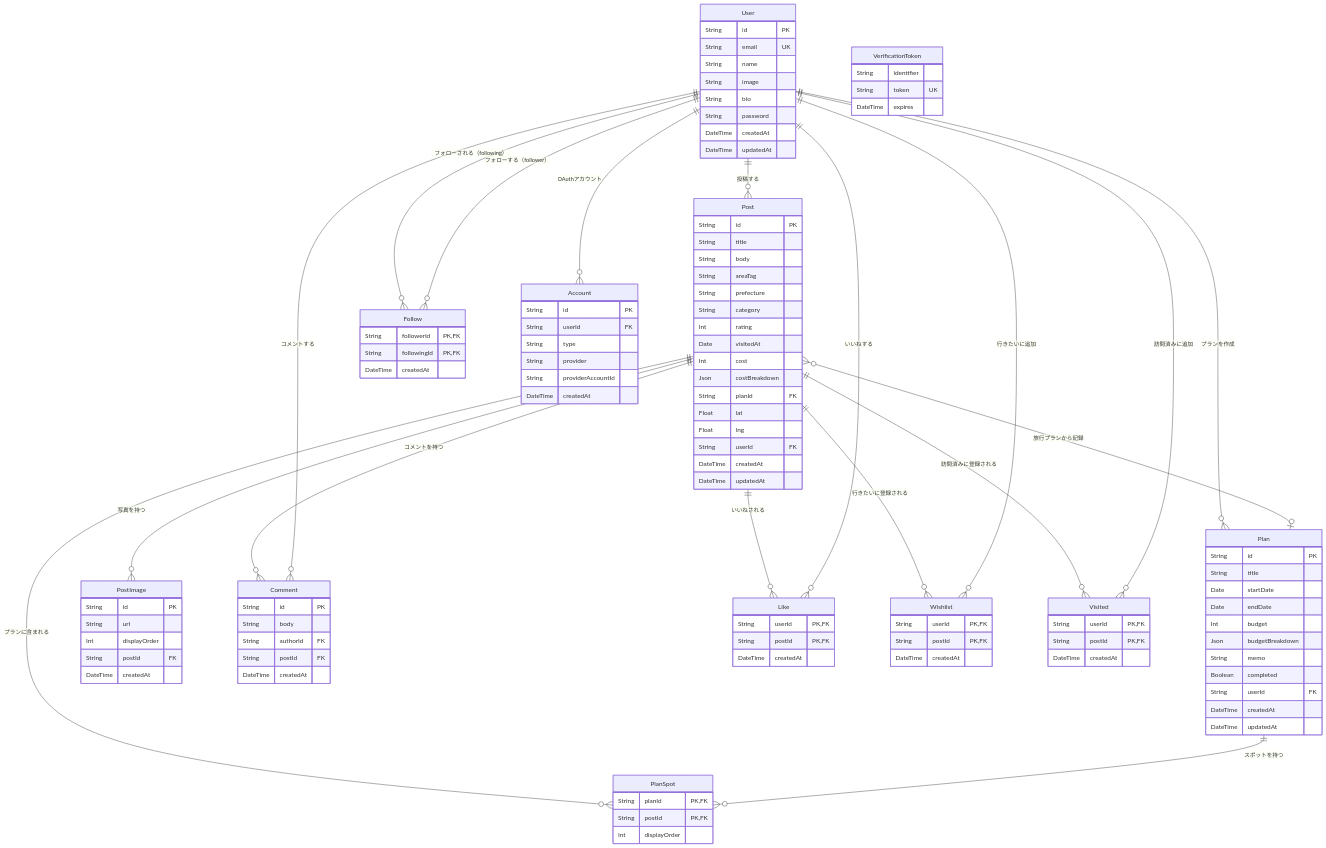
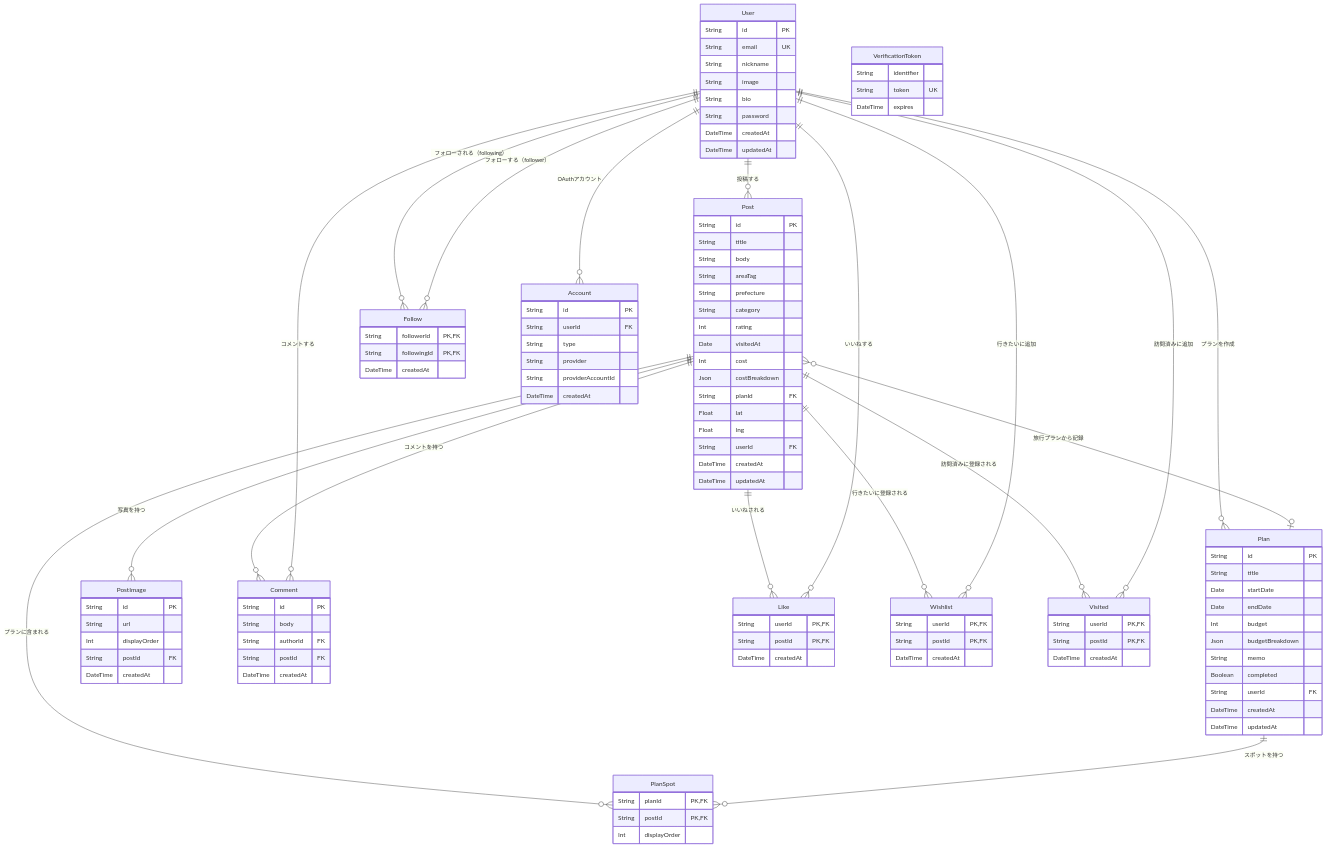
One commit to saki-nakata/TripDiary changed the diagram in docs/DB設計書.md. Above: the diagram before and after it, drawn with Mermaid. The commit also changed other lines of this file and 23 other files, not shown here.

```diff
--- a/docs/DB設計書.md
+++ b/docs/DB設計書.md
@@ -26,7 +26,7 @@
     User {
         String id PK
         String email UK
-        String name
+        String nickname
         String image
         String bio
         String password
```
